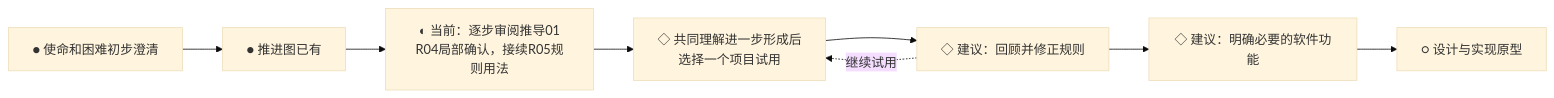
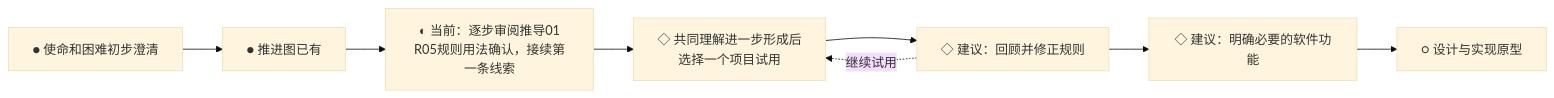
The second of 2 diagrams in 项目/人生飞轮/项目推进图.md (fangjiaqi2023-jpg/life-flywheel), drawn with Mermaid (base theme) before and after one commit. The commit also changed other lines of this file, not shown here.

````diff
--- a/项目/人生飞轮/项目推进图.md
+++ b/项目/人生飞轮/项目推进图.md
@@ -38,10 +38,10 @@
 ```mermaid
 flowchart LR
     P0[● 使命和困难初步澄清] --> P1[● 推进图已有]
-    P1 --> P2[◐ 当前：逐步审阅推导01<br/>R04局部确认，接续R05规则用法]
+    P1 --> P2[◐ 当前：逐步审阅推导01<br/>R05规则用法确认，接续第一条线索]
     P2 --> P3[◇ 共同理解进一步形成后<br/>选择一个项目试用]
     P3 --> P4[◇ 建议：回顾并修正规则]
     P4 --> P5[◇ 建议：明确必要的软件功能]
     P5 --> P6[○ 设计与实现原型]
     P4 -.继续试用.-> P3
 ```
````
